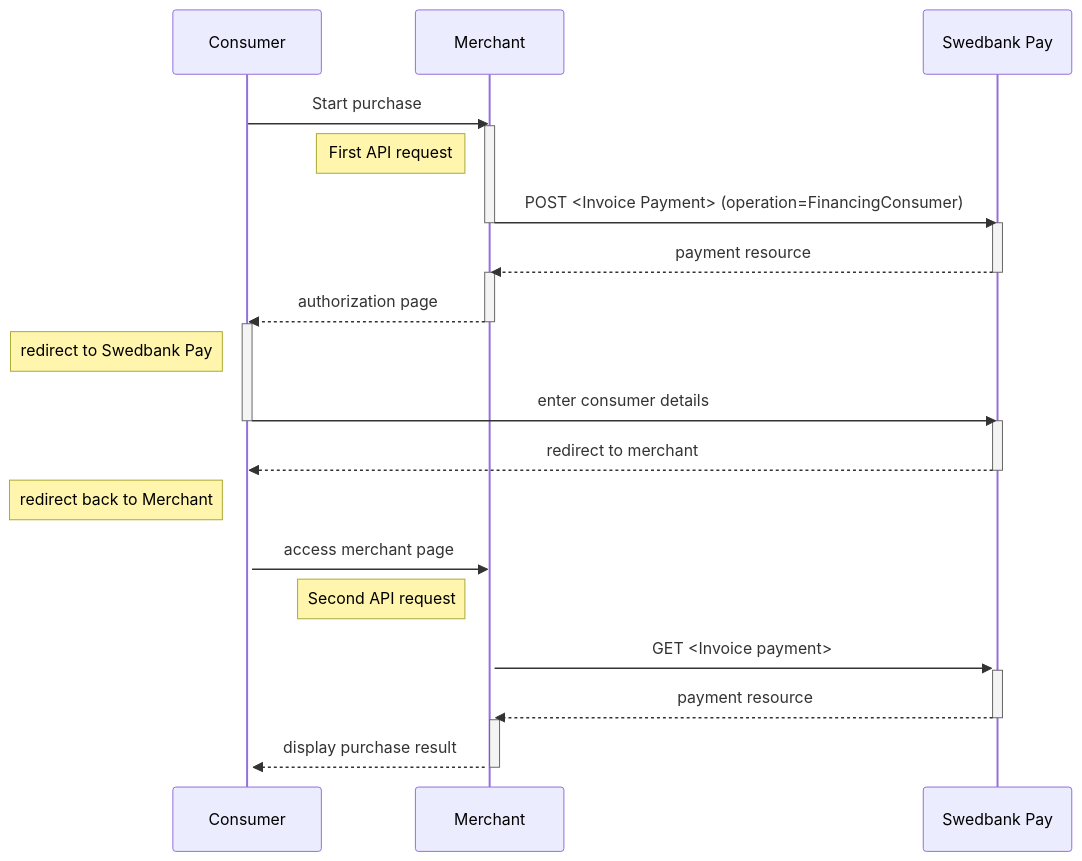
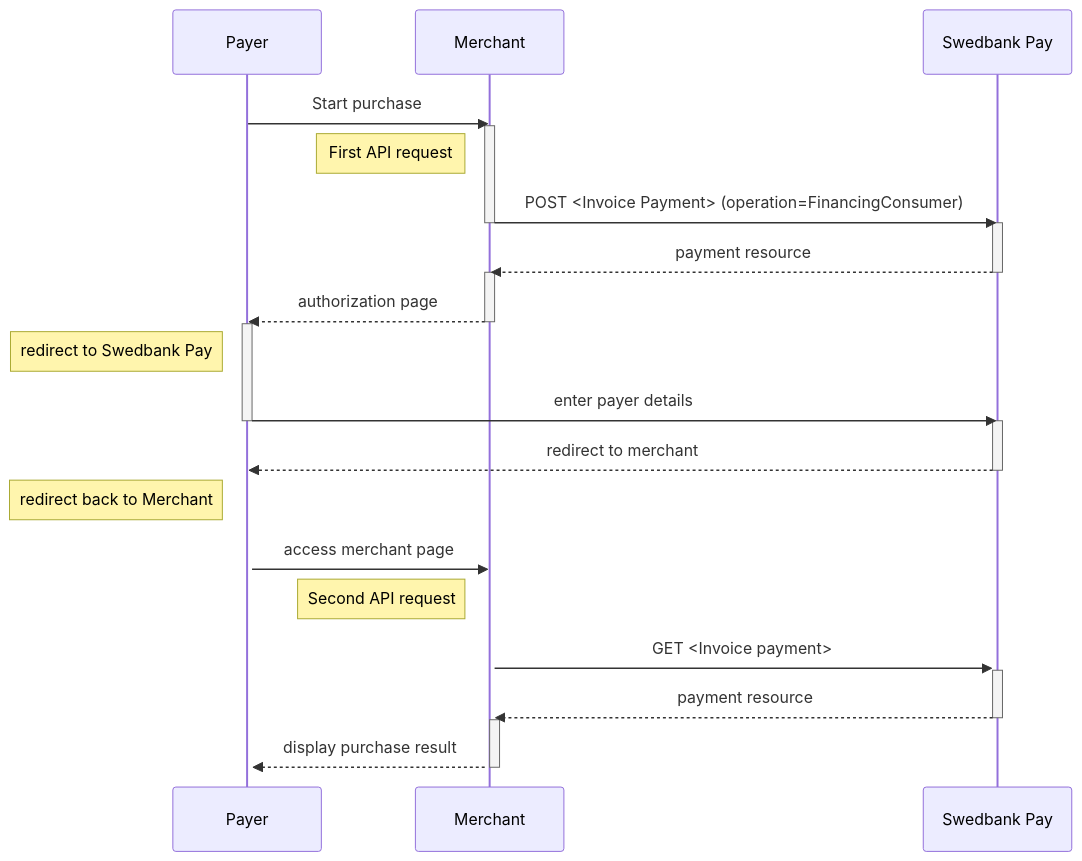
One commit to SwedbankPay/developer.swedbankpay.com changed the diagram in payment-instruments/invoice/index.md. Above: the diagram before and after it, drawn with Mermaid. The commit also changed 9 other files, not shown here.

````diff
--- a/payment-instruments/invoice/index.md
+++ b/payment-instruments/invoice/index.md
@@ -74,25 +74,25 @@
 ```mermaid
 sequenceDiagram
-    Consumer->>Merchant: Start purchase
+    Payer->>Merchant: Start purchase
     activate Merchant
     note left of Merchant: First API request
     Merchant->>-Swedbank Pay: POST <Invoice Payment> (operation=FinancingConsumer)
     activate Swedbank Pay
     Swedbank Pay-->>-Merchant: payment resource
     activate Merchant
-    Merchant-->>-Consumer: authorization page
-    activate Consumer
-    note left of Consumer: redirect to Swedbank Pay
-    Consumer->>-Swedbank Pay: enter consumer details
+    Merchant-->>-Payer: authorization page
+    activate Payer
+    note left of Payer: redirect to Swedbank Pay
+    Payer->>-Swedbank Pay: enter payer details
     activate Swedbank Pay
-    Swedbank Pay-->>-Consumer: redirect to merchant
-    activate Consumer
-    note left of Consumer: redirect back to Merchant
-    Consumer->>Merchant: access merchant page
+    Swedbank Pay-->>-Payer: redirect to merchant
+    activate Payer
+    note left of Payer: redirect back to Merchant
+    Payer->>Merchant: access merchant page
     activate Merchant
     note left of Merchant: Second API request
     Merchant->>+Swedbank Pay: GET <Invoice payment>
     Swedbank Pay-->>-Merchant: payment resource
     activate Merchant
-    Merchant-->>-Consumer: display purchase result
+    Merchant-->>-Payer: display purchase result
 ```
````
